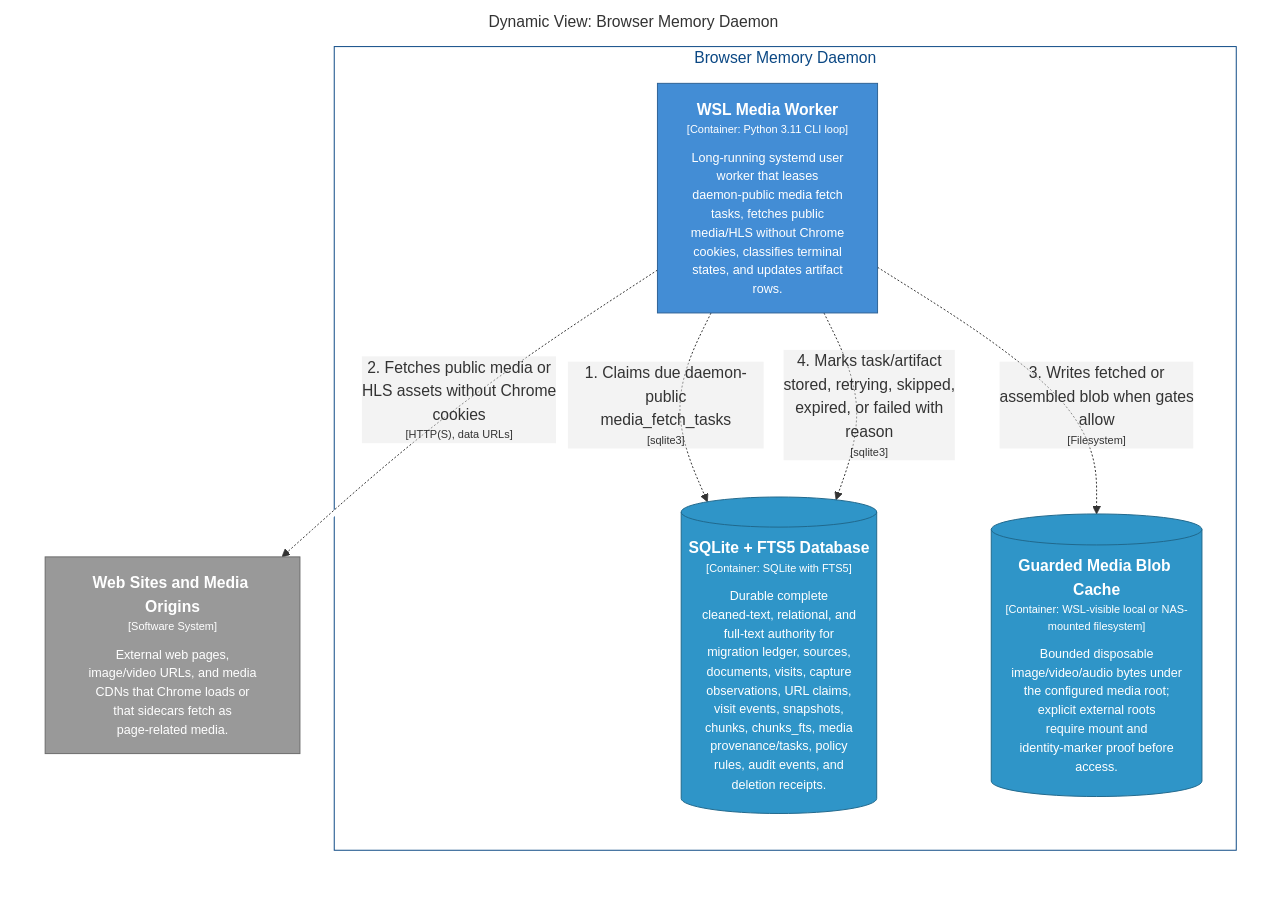
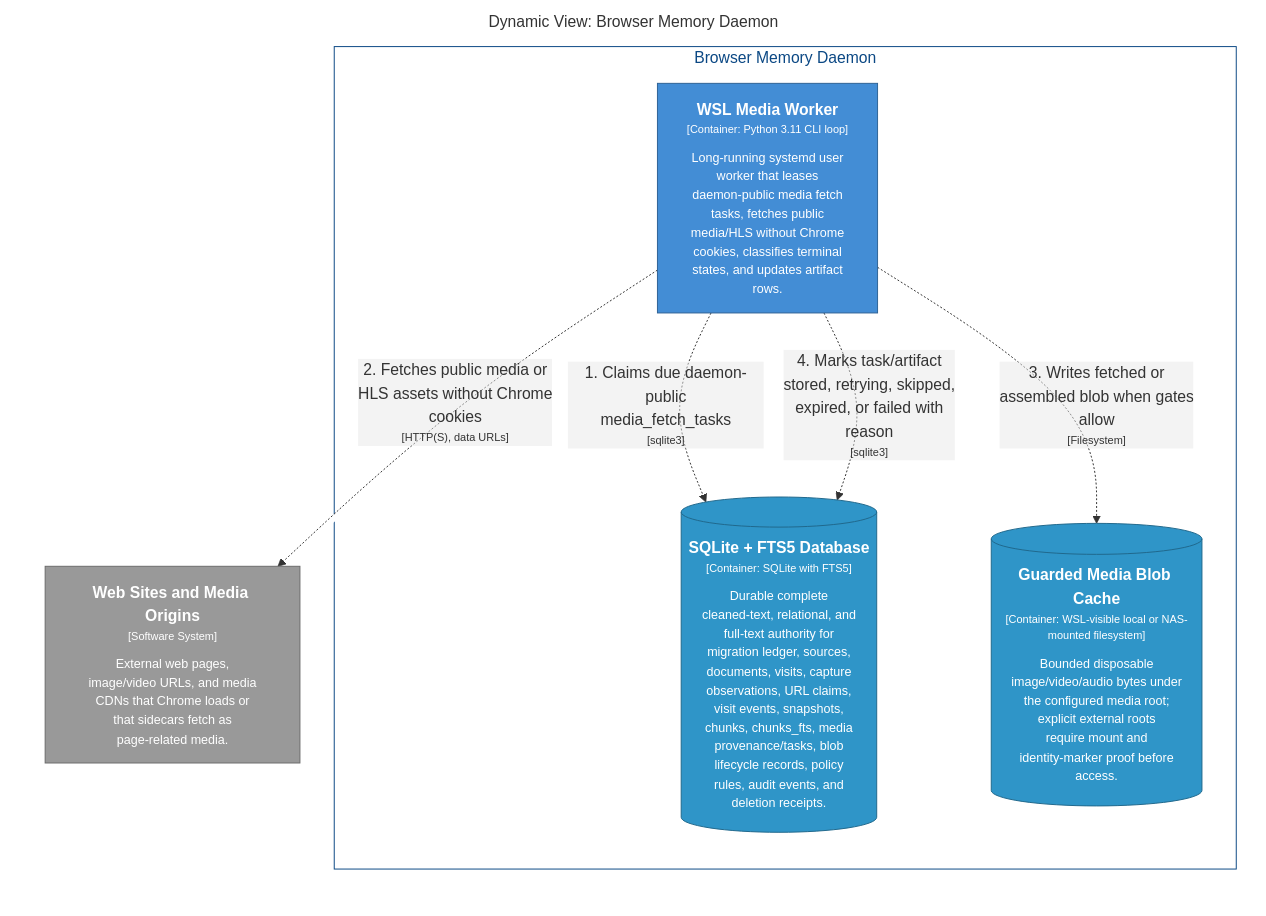
The diagram in docs/architecture/diagrams/markdown/DaemonPublicMediaWorkerFlow.md (michaelnicks0/browser-memory-daemon), drawn with Mermaid before and after one commit. The commit also changed 201 other files, not shown here.

````diff
--- a/docs/architecture/diagrams/markdown/DaemonPublicMediaWorkerFlow.md
+++ b/docs/architecture/diagrams/markdown/DaemonPublicMediaWorkerFlow.md
@@ -16,28 +16,28 @@
 ```mermaid
 graph LR
   linkStyle default fill:#ffffff
 
   subgraph diagram ["Dynamic View: Browser Memory Daemon"]
     style diagram fill:#ffffff,stroke:#ffffff
 
     subgraph 4 ["Browser Memory Daemon"]
       style 4 fill:#ffffff,stroke:#0b4884,color:#0b4884
 
-      26["<div style='font-weight: bold'>WSL Media Worker</div><div style='font-size: 70%; margin-top: 0px'>[Container: Python 3.11 CLI loop]</div><div style='font-size: 80%; margin-top:10px'>Long-running systemd user<br />worker that leases<br />daemon-public media fetch<br />tasks, fetches public<br />media/HLS without Chrome<br />cookies, classifies terminal<br />states, and updates artifact<br />rows.</div>"]
-      style 26 fill:#438dd5,stroke:#2e6295,color:#ffffff
-      29[("<div style='font-weight: bold'>SQLite + FTS5 Database</div><div style='font-size: 70%; margin-top: 0px'>[Container: SQLite with FTS5]</div><div style='font-size: 80%; margin-top:10px'>Durable complete<br />cleaned-text, relational, and<br />full-text authority for<br />migration ledger, sources,<br />documents, visits, capture<br />observations, URL claims,<br />visit events, snapshots,<br />chunks, chunks_fts, media<br />provenance/tasks, policy<br />rules, audit events, and<br />deletion receipts.</div>")]
-      style 29 fill:#2f95c8,stroke:#20688c,color:#ffffff
-      31[("<div style='font-weight: bold'>Guarded Media Blob Cache</div><div style='font-size: 70%; margin-top: 0px'>[Container: WSL-visible local or NAS-mounted filesystem]</div><div style='font-size: 80%; margin-top:10px'>Bounded disposable<br />image/video/audio bytes under<br />the configured media root;<br />explicit external roots<br />require mount and<br />identity-marker proof before<br />access.</div>")]
-      style 31 fill:#2f95c8,stroke:#20688c,color:#ffffff
+      27["<div style='font-weight: bold'>WSL Media Worker</div><div style='font-size: 70%; margin-top: 0px'>[Container: Python 3.11 CLI loop]</div><div style='font-size: 80%; margin-top:10px'>Long-running systemd user<br />worker that leases<br />daemon-public media fetch<br />tasks, fetches public<br />media/HLS without Chrome<br />cookies, classifies terminal<br />states, and updates artifact<br />rows.</div>"]
+      style 27 fill:#438dd5,stroke:#2e6295,color:#ffffff
+      30[("<div style='font-weight: bold'>SQLite + FTS5 Database</div><div style='font-size: 70%; margin-top: 0px'>[Container: SQLite with FTS5]</div><div style='font-size: 80%; margin-top:10px'>Durable complete<br />cleaned-text, relational, and<br />full-text authority for<br />migration ledger, sources,<br />documents, visits, capture<br />observations, URL claims,<br />visit events, snapshots,<br />chunks, chunks_fts, media<br />provenance/tasks, blob<br />lifecycle records, policy<br />rules, audit events, and<br />deletion receipts.</div>")]
+      style 30 fill:#2f95c8,stroke:#20688c,color:#ffffff
+      32[("<div style='font-weight: bold'>Guarded Media Blob Cache</div><div style='font-size: 70%; margin-top: 0px'>[Container: WSL-visible local or NAS-mounted filesystem]</div><div style='font-size: 80%; margin-top:10px'>Bounded disposable<br />image/video/audio bytes under<br />the configured media root;<br />explicit external roots<br />require mount and<br />identity-marker proof before<br />access.</div>")]
+      style 32 fill:#2f95c8,stroke:#20688c,color:#ffffff
     end
 
     3["<div style='font-weight: bold'>Web Sites and Media Origins</div><div style='font-size: 70%; margin-top: 0px'>[Software System]</div><div style='font-size: 80%; margin-top:10px'>External web pages,<br />image/video URLs, and media<br />CDNs that Chrome loads or<br />that sidecars fetch as<br />page-related media.</div>"]
     style 3 fill:#999999,stroke:#6b6b6b,color:#ffffff
 
-    26-. "<div>1. Claims due daemon-public<br />media_fetch_tasks</div><div style='font-size: 70%'>[sqlite3]</div>" .->29
-    26-. "<div>2. Fetches public media or<br />HLS assets without Chrome<br />cookies</div><div style='font-size: 70%'>[HTTP(S), data URLs]</div>" .->3
-    26-. "<div>3. Writes fetched or<br />assembled blob when gates<br />allow</div><div style='font-size: 70%'>[Filesystem]</div>" .->31
-    26-. "<div>4. Marks task/artifact<br />stored, retrying, skipped,<br />expired, or failed with<br />reason</div><div style='font-size: 70%'>[sqlite3]</div>" .->29
+    27-. "<div>1. Claims due daemon-public<br />media_fetch_tasks</div><div style='font-size: 70%'>[sqlite3]</div>" .->30
+    27-. "<div>2. Fetches public media or<br />HLS assets without Chrome<br />cookies</div><div style='font-size: 70%'>[HTTP(S), data URLs]</div>" .->3
+    27-. "<div>3. Writes fetched or<br />assembled blob when gates<br />allow</div><div style='font-size: 70%'>[Filesystem]</div>" .->32
+    27-. "<div>4. Marks task/artifact<br />stored, retrying, skipped,<br />expired, or failed with<br />reason</div><div style='font-size: 70%'>[sqlite3]</div>" .->30
 
   end
 ```
````
